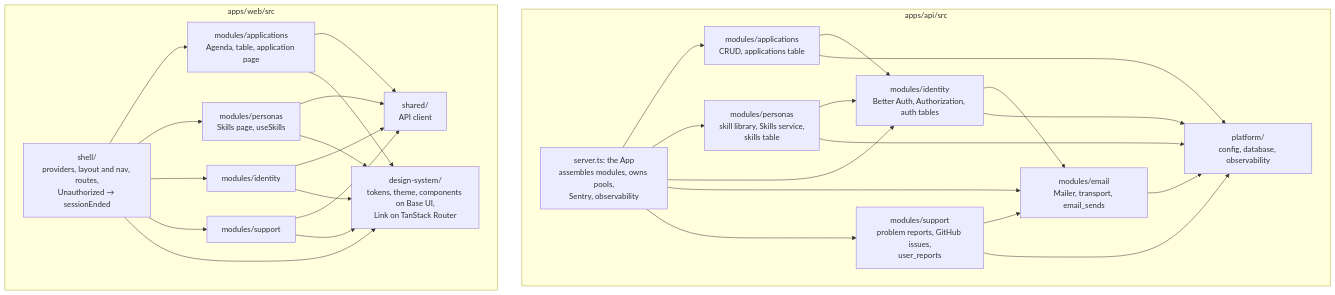
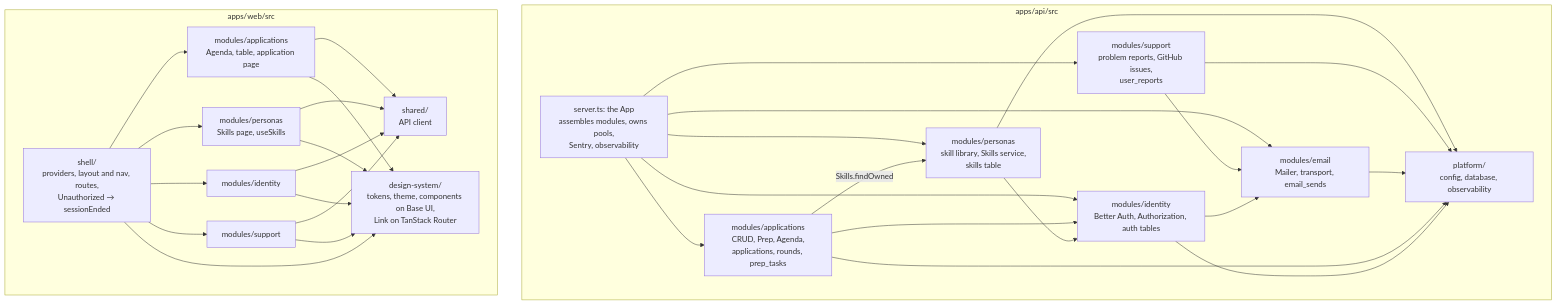
Before and after one commit to brianpatterson/roundtable: the second of 8 diagrams in docs/architecture.md, drawn with Mermaid. The commit also changed other lines of this file and 16 other files, not shown here.

First line of the commit message:
feat: Prep notes and prep tasks on a Round (API)

````diff
--- a/docs/architecture.md
+++ b/docs/architecture.md
@@ -74,24 +74,25 @@
 ```mermaid
 flowchart TB
   subgraph api[apps/api/src]
     server[server.ts: the App<br/>assembles modules, owns pools,<br/>Sentry, observability] --> applications & personas & identity & email & support
-    applications[modules/applications<br/>CRUD, applications table] --> identity
+    applications[modules/applications<br/>CRUD, Prep, Agenda,<br/>applications, rounds, prep_tasks] --> identity
+    applications -- "Skills.findOwned" --> personas
     personas[modules/personas<br/>skill library, Skills service,<br/>skills table] --> identity
     personas --> platform
     support[modules/support<br/>problem reports, GitHub issues,<br/>user_reports] --> email
     support --> platform
     identity[modules/identity<br/>Better Auth, Authorization, auth tables] --> email
     email[modules/email<br/>Mailer, transport, email_sends] --> platform
     applications --> platform
     identity --> platform
     platform[platform/<br/>config, database, observability]
   end
   subgraph web[apps/web/src]
     shell[shell/<br/>providers, layout and nav, routes,<br/>Unauthorized → sessionEnded] --> wapps[modules/applications<br/>Agenda, table, application page] & wper[modules/personas<br/>Skills page, useSkills] & wid[modules/identity] & wsup[modules/support]
     wapps --> wshared[shared/<br/>API client]
     wper --> wshared
     wid --> wshared
     wsup --> wshared
     shell & wapps & wper & wid & wsup --> ds[design-system/<br/>tokens, theme, components on Base UI,<br/>Link on TanStack Router]
   end
 ```
````
